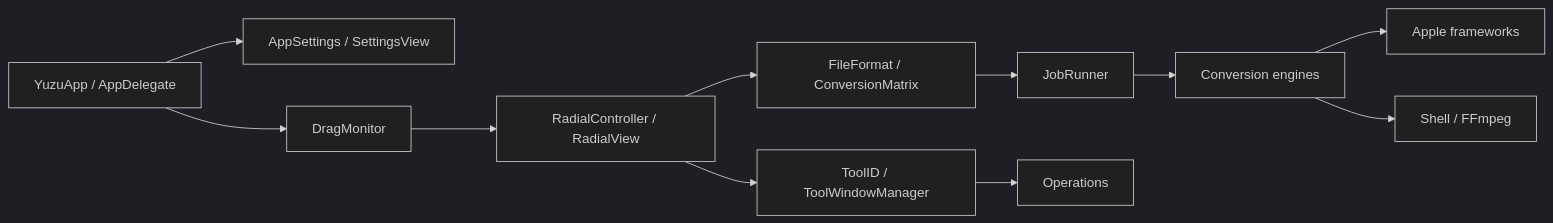
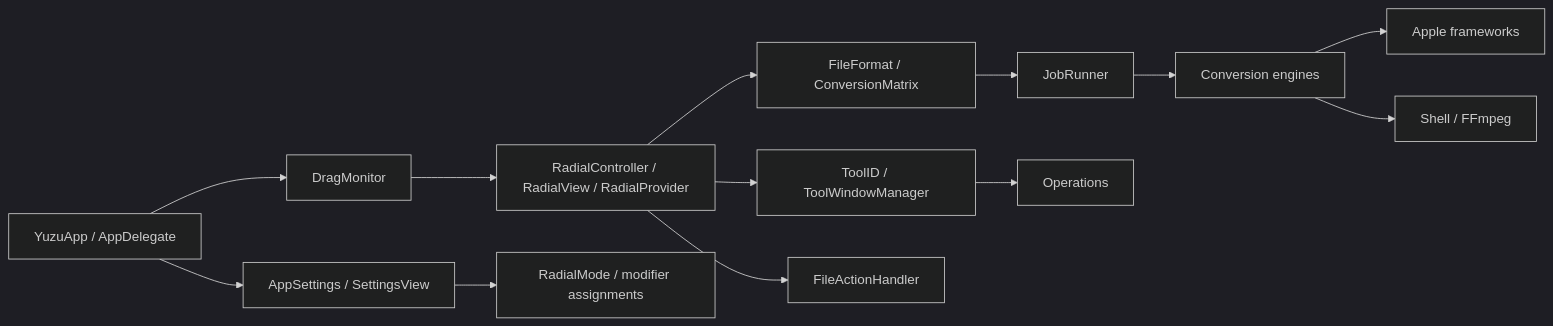
The first of 4 diagrams in docs/ARCHITECTURE.md (MohammadRadja/yuzu), drawn with Mermaid (dark theme) before and after one commit. The commit also changed other lines of this file and 15 other files, not shown here.

First line of the commit message:
feat(radial): add four-mode citrus dial

````diff
--- a/docs/ARCHITECTURE.md
+++ b/docs/ARCHITECTURE.md
@@ -7,13 +7,15 @@
 ```mermaid
 flowchart LR
     App[YuzuApp / AppDelegate] --> Settings[AppSettings / SettingsView]
     App --> Drag[DragMonitor]
-    Drag --> Radial[RadialController / RadialView]
+    Drag --> Radial[RadialController / RadialView / RadialProvider]
+    Settings --> Modes[RadialMode / modifier assignments]
     Radial --> Matrix[FileFormat / ConversionMatrix]
     Radial --> Tools[ToolID / ToolWindowManager]
+    Radial --> Actions[FileActionHandler]
     Matrix --> Jobs[JobRunner]
     Tools --> Ops[Operations]
     Jobs --> Engines[Conversion engines]
     Engines --> Native[Apple frameworks]
     Engines --> Shell[Shell / FFmpeg]
 ```
````
